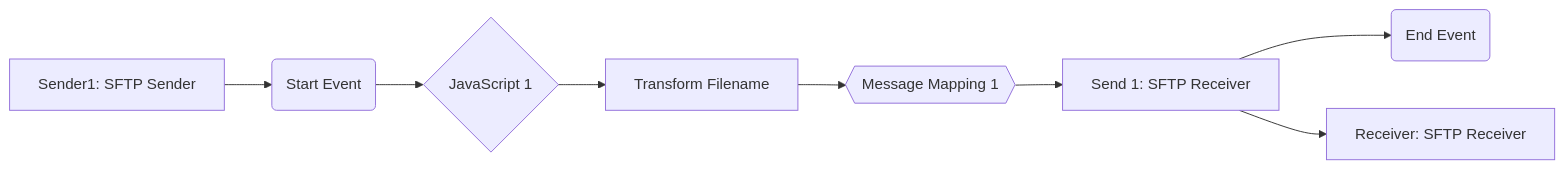
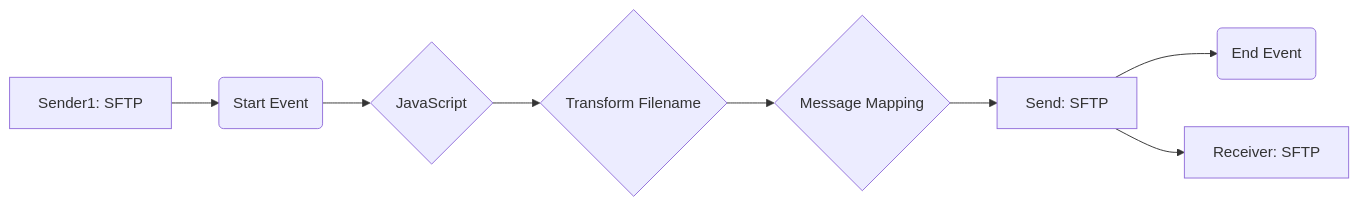
The diagram in REPSOL - SFTP IFLOWS/Connectivity_test_UK2_SFTP_copy-1.0.1/readme.md (Avvale-IA-CICD/AvvaleCPI), drawn with Mermaid before and after one commit. The commit also changed other lines of this file, not shown here.

Commit message:
Add/update documentation for Connectivity_test_UK2_SFTP_copy v1.0.1

````diff
--- a/REPSOL - SFTP IFLOWS/Connectivity_test_UK2_SFTP_copy-1.0.1/readme.md
+++ b/REPSOL - SFTP IFLOWS/Connectivity_test_UK2_SFTP_copy-1.0.1/readme.md
@@ -4,10 +4,10 @@
 ```mermaid
 graph LR
-    A[Sender1: SFTP Sender] --> B(Start Event)
-    B --> C{JavaScript 1}
-    C --> D[Transform Filename]
-    D --> E{{Message Mapping 1}}
-    E --> F[Send 1: SFTP Receiver]
-    F --> G(End Event)
-    F --> H[Receiver: SFTP Receiver]
+    A[Sender1: SFTP] --> B(Start Event);
+    B --> C{JavaScript};
+    C --> D{Transform Filename};
+    D --> E{Message Mapping};
+    E --> F[Send: SFTP];
+    F --> G(End Event);
+    F --> H[Receiver: SFTP];
 ```
````
